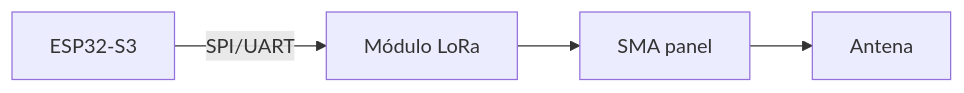
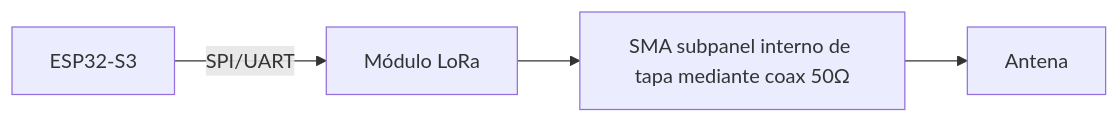
The second of 2 diagrams in docs/08-comms-radio.md (Jesus-Medina/Cyberdeck-R5-ESP32), drawn with Mermaid before and after one commit. The commit also changed other lines of this file, not shown here.

````diff
--- a/docs/08-comms-radio.md
+++ b/docs/08-comms-radio.md
@@ -114,6 +116,6 @@
 ```mermaid
 flowchart LR
     ESP["ESP32-S3"] -->|SPI/UART| LORA["Módulo LoRa"]
-    LORA --> SMA["SMA panel"]
+    LORA --> SMA["SMA subpanel interno de tapa mediante coax 50Ω"]
     SMA --> ANT["Antena"]
 ```
````
